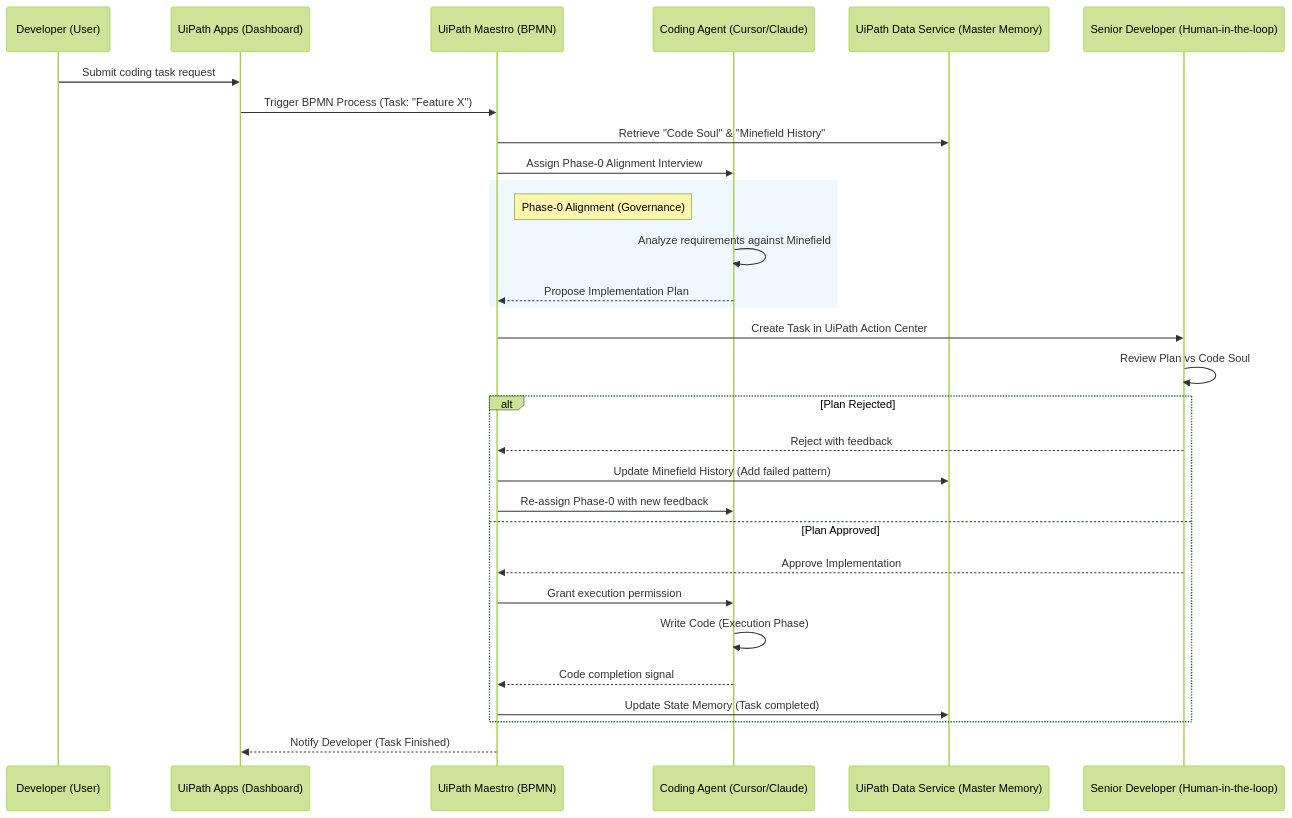
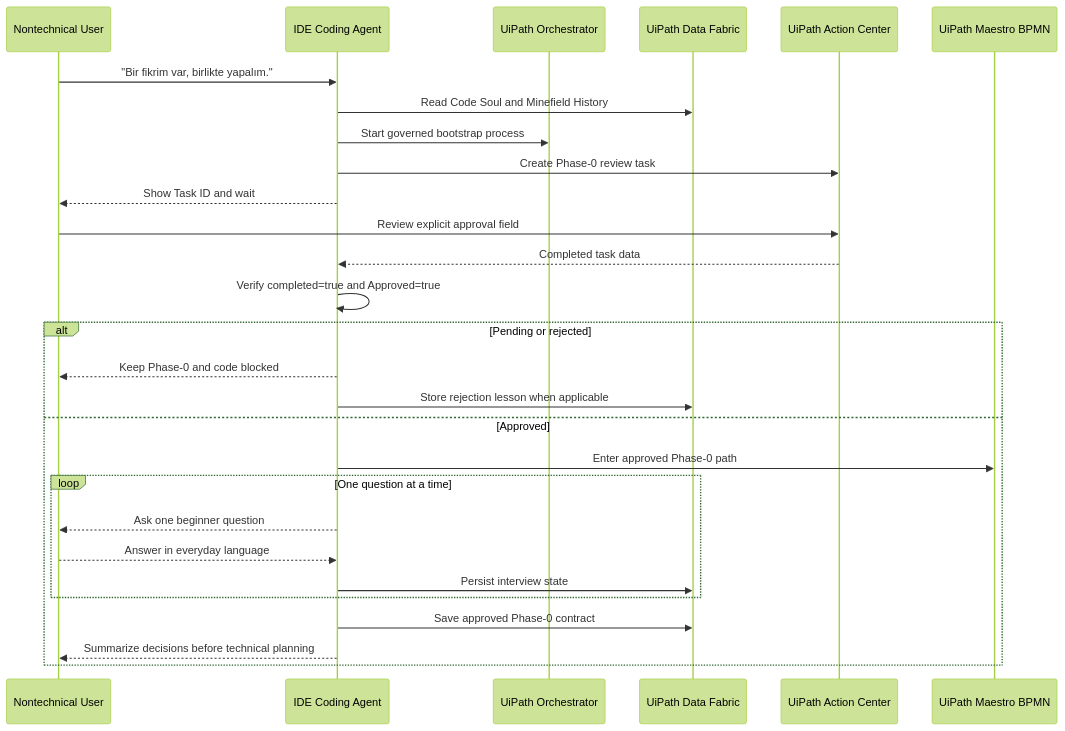
The diagram in docs/architecture_bpmn.mermaid (zyganali-glitch/universal-agent-os-uipath), drawn with Mermaid (forest theme) before and after one commit. The commit also changed 26 other files, not shown here.

Commit message:
feat: add verified beginner governance flow

```diff
--- a/docs/architecture_bpmn.mermaid
+++ b/docs/architecture_bpmn.mermaid
@@ -1,35 +1,31 @@
 sequenceDiagram
-    participant Dev as Developer (User)
-    participant UI as UiPath Apps (Dashboard)
-    participant Maestro as UiPath Maestro (BPMN)
-    participant Agent as Coding Agent (Cursor/Claude)
-    participant Memory as UiPath Data Service (Master Memory)
-    participant Lead as Senior Developer (Human-in-the-loop)
+    participant User as Nontechnical User
+    participant IDE as IDE Coding Agent
+    participant Orchestrator as UiPath Orchestrator
+    participant Memory as UiPath Data Fabric
+    participant Action as UiPath Action Center
+    participant Maestro as UiPath Maestro BPMN
 
-    Dev->>UI: Submit coding task request
-    UI->>Maestro: Trigger BPMN Process (Task: "Feature X")
-    Maestro->>Memory: Retrieve "Code Soul" & "Minefield History"
-    Maestro->>Agent: Assign Phase-0 Alignment Interview
-    
-    rect rgb(240, 248, 255)
-        note right of Maestro: Phase-0 Alignment (Governance)
-        Agent->>Agent: Analyze requirements against Minefield
-        Agent-->>Maestro: Propose Implementation Plan
+    User->>IDE: "Bir fikrim var, birlikte yapalım."
+    IDE->>Memory: Read Code Soul and Minefield History
+    IDE->>Orchestrator: Start governed bootstrap process
+    IDE->>Action: Create Phase-0 review task
+    IDE-->>User: Show Task ID and wait
+
+    User->>Action: Review explicit approval field
+    Action-->>IDE: Completed task data
+    IDE->>IDE: Verify completed=true and Approved=true
+
+    alt Pending or rejected
+        IDE-->>User: Keep Phase-0 and code blocked
+        IDE->>Memory: Store rejection lesson when applicable
+    else Approved
+        IDE->>Maestro: Enter approved Phase-0 path
+        loop One question at a time
+            IDE-->>User: Ask one beginner question
+            User-->>IDE: Answer in everyday language
+            IDE->>Memory: Persist interview state
+        end
+        IDE->>Memory: Save approved Phase-0 contract
+        IDE-->>User: Summarize decisions before technical planning
     end
-
-    Maestro->>Lead: Create Task in UiPath Action Center
-    Lead->>Lead: Review Plan vs Code Soul
-    
-    alt Plan Rejected
-        Lead-->>Maestro: Reject with feedback
-        Maestro->>Memory: Update Minefield History (Add failed pattern)
-        Maestro->>Agent: Re-assign Phase-0 with new feedback
-    else Plan Approved
-        Lead-->>Maestro: Approve Implementation
-        Maestro->>Agent: Grant execution permission
-        Agent->>Agent: Write Code (Execution Phase)
-        Agent-->>Maestro: Code completion signal
-        Maestro->>Memory: Update State Memory (Task completed)
-    end
-    
-    Maestro-->>UI: Notify Developer (Task Finished)
```
